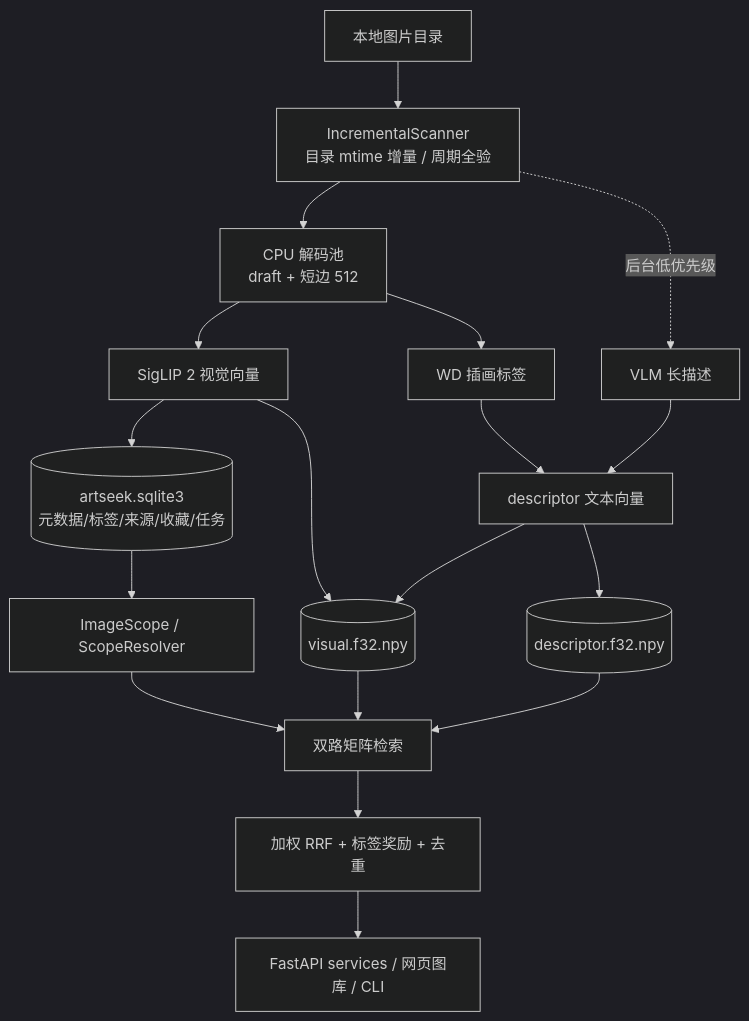
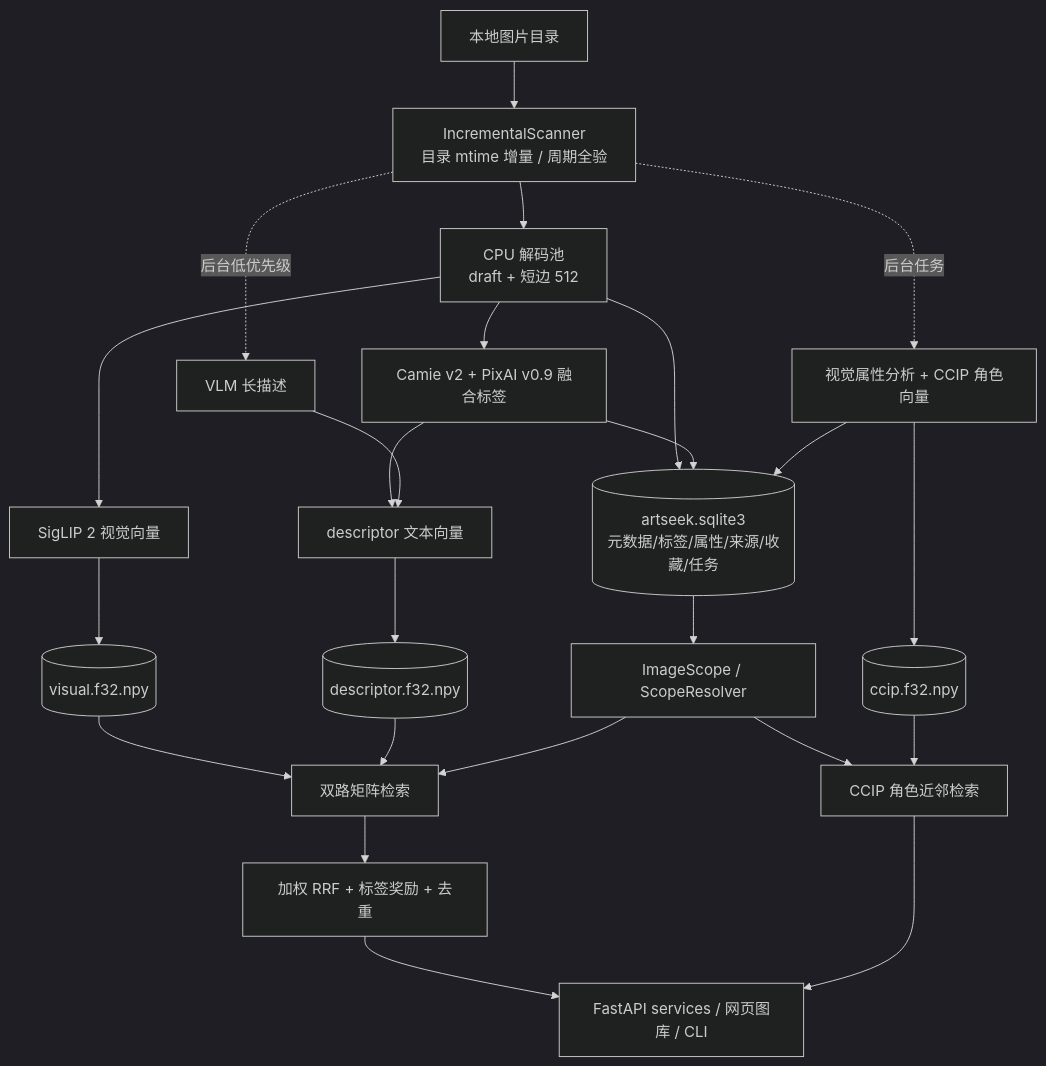
Before and after one commit to rubatotree/artseek: the diagram in docs/ARCHITECTURE.md, drawn with Mermaid (dark theme). The commit also changed other lines of this file and 5 other files, not shown here.

````diff
--- a/docs/ARCHITECTURE.md
+++ b/docs/ARCHITECTURE.md
@@ -12,20 +12,26 @@
 ```mermaid
 flowchart TD
     A[本地图片目录] --> B[IncrementalScanner<br/>目录 mtime 增量 / 周期全验]
     B --> C[CPU 解码池<br/>draft + 短边 512]
     C --> D[SigLIP 2 视觉向量]
-    C --> E[WD 插画标签]
+    C --> E[Camie v2 + PixAI v0.9 融合标签]
+    B -. 后台任务 .-> V[视觉属性分析 + CCIP 角色向量]
     B -. 后台低优先级 .-> F[VLM 长描述]
     E --> G[descriptor 文本向量]
     F --> G
-    D --> H[(artseek.sqlite3<br/>元数据/标签/来源/收藏/任务)]
+    C --> H[(artseek.sqlite3<br/>元数据/标签/属性/来源/收藏/任务)]
+    E --> H
+    V --> H
     D --> I[(visual.f32.npy)]
-    G --> I
     G --> J[(descriptor.f32.npy)]
+    V --> P[(ccip.f32.npy)]
     H --> K[ImageScope / ScopeResolver]
     I --> L[双路矩阵检索]
     J --> L
     K --> L
+    K --> Q[CCIP 角色近邻检索]
+    P --> Q
     L --> M[加权 RRF + 标签奖励 + 去重]
     M --> N[FastAPI services / 网页图库 / CLI]
+    Q --> N
 ```
````
